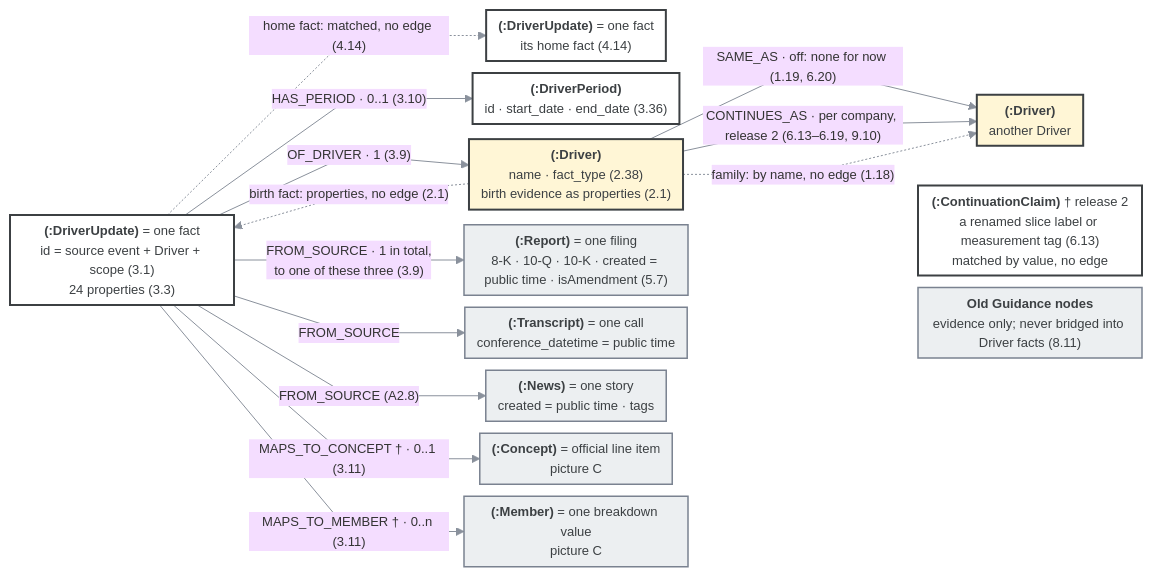
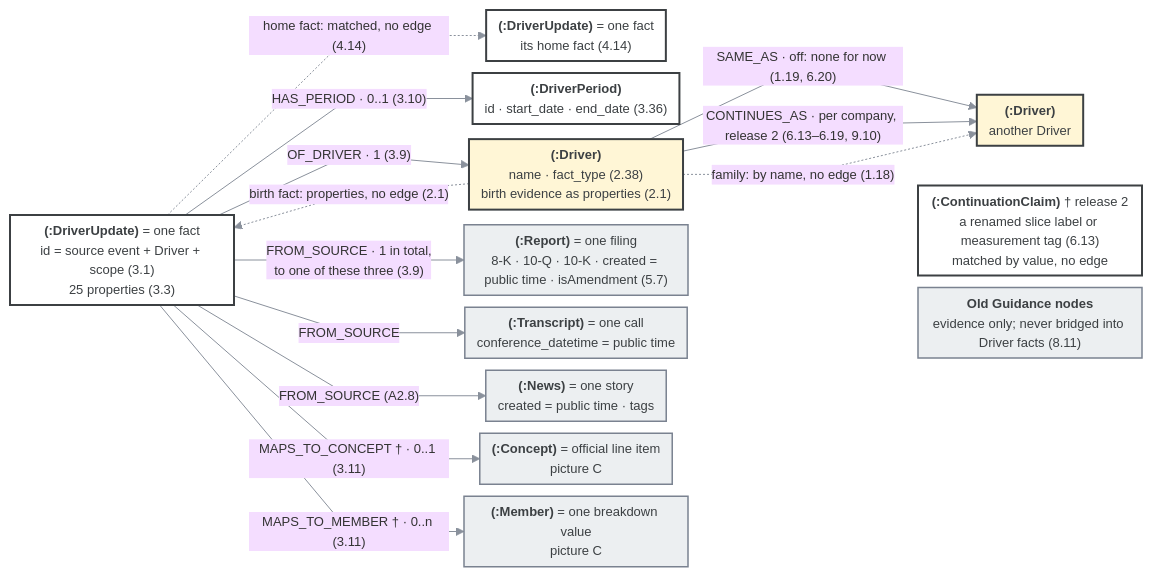
One commit to faisalanjum/EventTrader changed the first of 3 diagrams in .claude/plans/Drivers/DriversFinal/DRIVER_RULES_Categorized.md. Above: the diagram before and after it, drawn with Mermaid. The commit also changed other lines of this file and 7 other files, not shown here.

````diff
--- a/.claude/plans/Drivers/DriversFinal/DRIVER_RULES_Categorized.md
+++ b/.claude/plans/Drivers/DriversFinal/DRIVER_RULES_Categorized.md
@@ -24,38 +26,38 @@
 ```mermaid
 %%{init: {"theme": "base", "flowchart": {"curve": "linear", "nodeSpacing": 12, "rankSpacing": 30, "padding": 6, "htmlLabels": true}, "themeVariables": {"fontFamily": "Arial", "fontSize": "13px", "lineColor": "#8a919c"}}}%%
 flowchart LR
-    DU["<b>(:DriverUpdate)</b> = one fact<br/>id = source event + Driver + scope (3.1)<br/>24 properties (3.3)"]
+    DU["<b>(:DriverUpdate)</b> = one fact<br/>id = source event + Driver + scope (3.1)<br/>25 properties (3.3)"]
     HF["<b>(:DriverUpdate)</b> = one fact<br/>its home fact (4.14)"]
     DP["<b>(:DriverPeriod)</b><br/>id · start_date · end_date (3.36)"]
     DR["<b>(:Driver)</b><br/>name · fact_type (2.38)<br/>birth evidence as properties (2.1)"]
     DR2["<b>(:Driver)</b><br/>another Driver"]
     CC["<b>(:ContinuationClaim)</b> † release 2<br/>a renamed slice label or measurement tag (6.13)<br/>matched by value, no edge"]
     RP["<b>(:Report)</b> = one filing<br/>8-K · 10-Q · 10-K · created = public time · isAmendment (5.7)"]
     TR["<b>(:Transcript)</b> = one call<br/>conference_datetime = public time"]
     NW["<b>(:News)</b> = one story<br/>created = public time · tags"]
     OG["<b>Old Guidance nodes</b><br/>evidence only; never bridged into Driver facts (8.11)"]
     CN["<b>(:Concept)</b> = official line item<br/>picture C"]
     MB["<b>(:Member)</b> = one breakdown value<br/>picture C"]
 
     DU -->|"OF_DRIVER · 1 (3.9)"| DR
     DU -->|"FROM_SOURCE · 1 in total,<br/>to one of these three (3.9)"| RP
     DU -->|"FROM_SOURCE"| TR
     DU -->|"FROM_SOURCE (A2.8)"| NW
     DU -->|"HAS_PERIOD · 0..1 (3.10)"| DP
     DU -->|"MAPS_TO_CONCEPT † · 0..1 (3.11)"| CN
     DU -->|"MAPS_TO_MEMBER † · 0..n (3.11)"| MB
     DR -->|"SAME_AS · off: none for now (1.19, 6.20)"| DR2
     DR -->|"CONTINUES_AS · per company, release 2 (6.13–6.19, 9.10)"| DR2
     DR -.->|"family: by name, no edge (1.18)"| DR2
     DR -.->|"birth fact: properties, no edge (2.1)"| DU
     DU -.->|"home fact: matched, no edge (4.14)"| HF
     DR ~~~ CC
     DR ~~~ OG
 
     classDef fact fill:#ffffff,stroke:#3c4043,stroke-width:2px,color:#3c4043
     classDef driver fill:#fff6d6,stroke:#3c4043,stroke-width:2px,color:#3c4043
     classDef old fill:#eceff1,stroke:#7a8290,stroke-width:1.5px,color:#3c4043
     class DU,HF,DP,CC fact
     class DR,DR2 driver
     class RP,TR,NW,OG,CN,MB old
 ```
````
